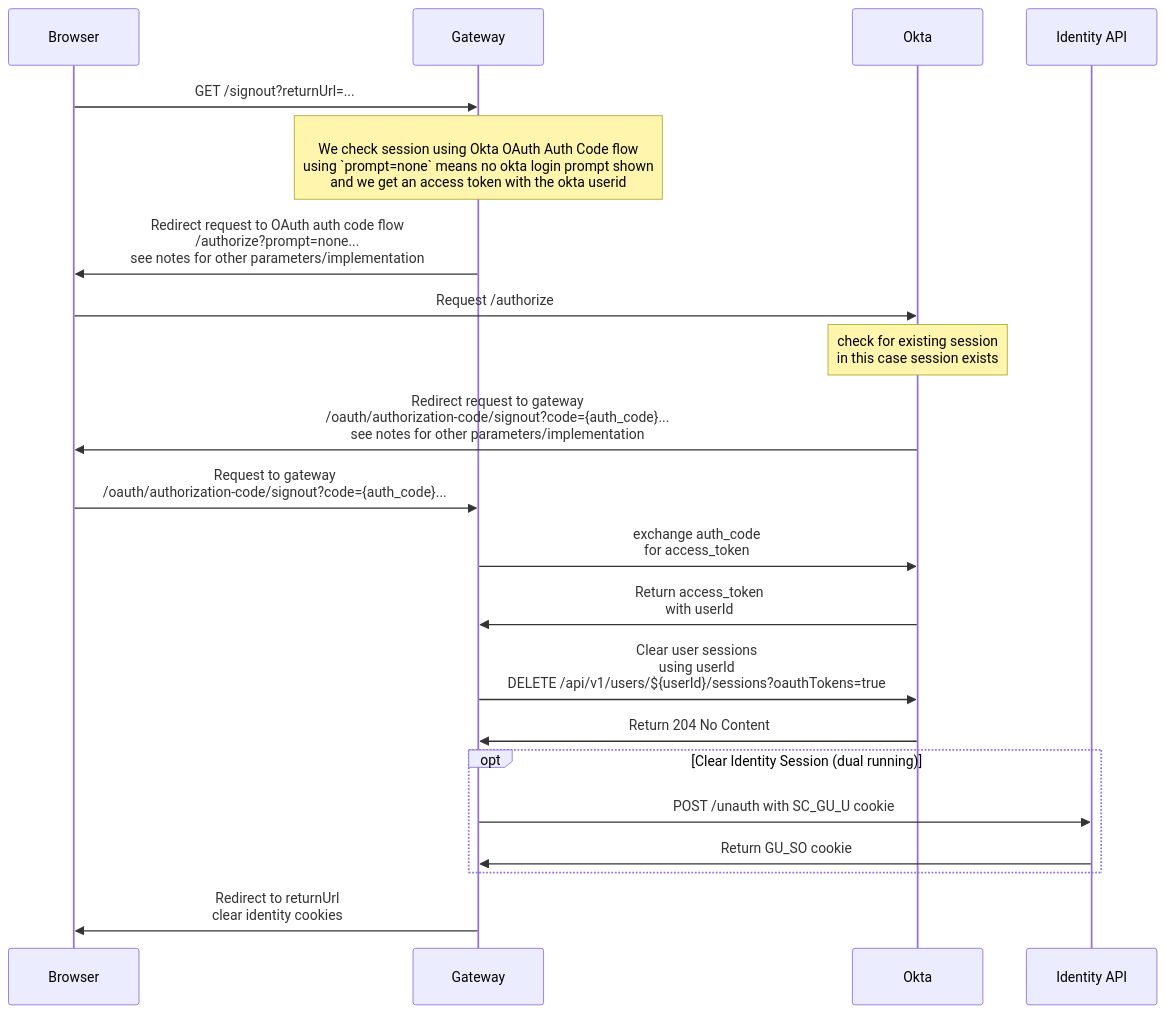
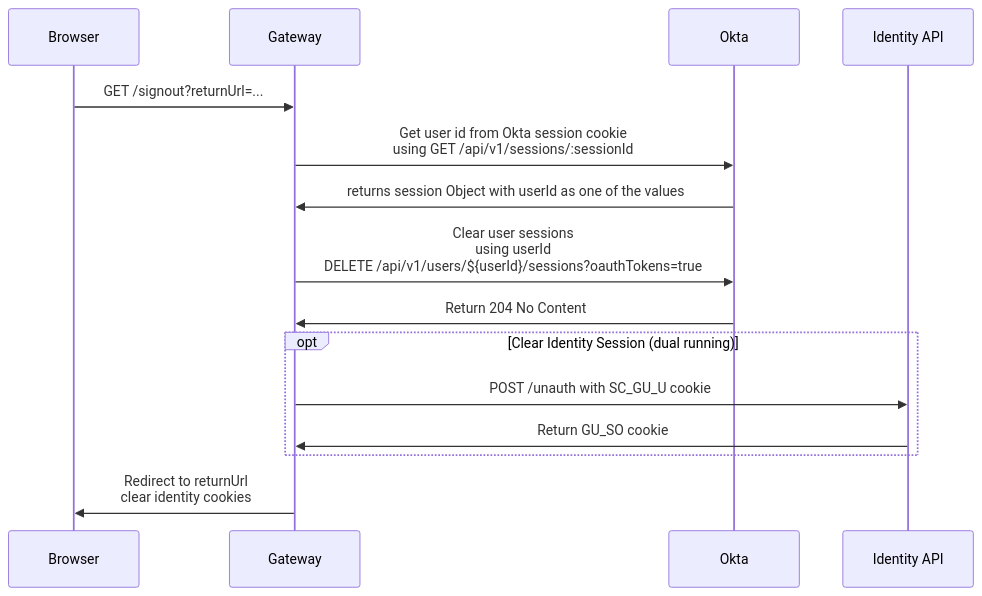
One commit to guardian/gateway changed the first of 2 diagrams in docs/okta/signout.md. Above: the diagram before and after it, drawn with Mermaid. The commit also changed other lines of this file and 5 other files, not shown here.

Commit message:
feat: adding okta session signout support

````diff
--- a/docs/okta/signout.md
+++ b/docs/okta/signout.md
@@ -25,23 +27,17 @@
 ```mermaid
 sequenceDiagram
   participant Browser
   participant Gateway
   participant Okta
   participant Identity API
   Browser->>Gateway: GET /signout?returnUrl=...
-  note over Gateway: <br/>We check session using Okta OAuth Auth Code flow<br/>using `prompt=none` means no okta login prompt shown<br/>and we get an access token with the okta userid
-  Gateway->>Browser: Redirect request to OAuth auth code flow<br/>/authorize?prompt=none...<br>see notes for other parameters/implementation
-  Browser->>Okta: Request /authorize
-  note over Okta: check for existing session<br>in this case session exists
-  Okta->>Browser: Redirect request to gateway<br>/oauth/authorization-code/signout?code={auth_code}...<br/>see notes for other parameters/implementation
-  Browser->>Gateway: Request to gateway<br>/oauth/authorization-code/signout?code={auth_code}...
-  Gateway->>Okta: exchange auth_code<br/>for access_token
-  Okta->>Gateway: Return access_token<br/>with userId
+  Gateway->>Okta: Get user id from Okta session cookie <br/> using GET /api/v1/sessions/:sessionId
+  Okta->>Gateway: returns session Object with userId as one of the values
   Gateway->>Okta: Clear user sessions<br/>using userId<br/>DELETE /api/v1/users/${userId}/sessions?oauthTokens=true
   Okta->>Gateway: Return 204 No Content
   opt Clear Identity Session (dual running)
     Gateway->>Identity API: POST /unauth with SC_GU_U cookie
     Identity API->>Gateway: Return GU_SO cookie
   end
   Gateway->>Browser: Redirect to returnUrl<br/>clear identity cookies
 ```
````
